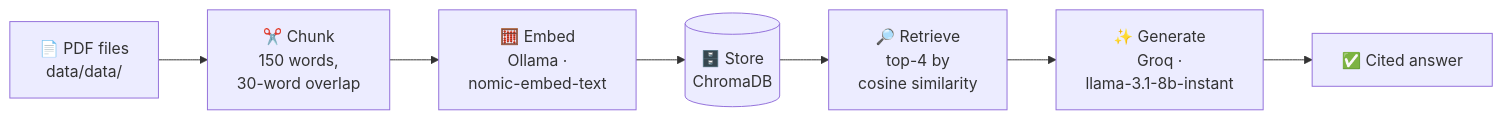
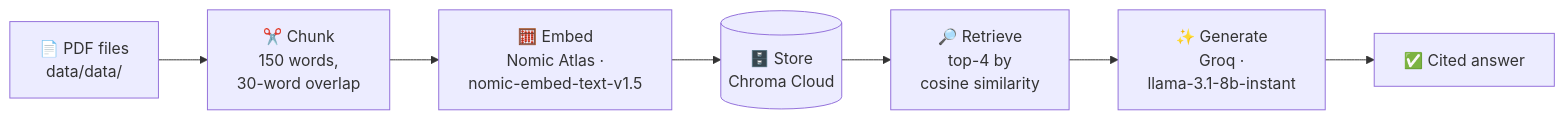
One commit to nitingawali27/rag-knowledge-explorer changed the second of 3 diagrams in README.md. Above: the diagram before and after it, drawn with Mermaid. The commit also changed other lines of this file and 28 other files, not shown here.

````diff
--- a/README.md
+++ b/README.md
@@ -61,9 +61,9 @@
 ```mermaid
 flowchart LR
     A["📄 PDF files<br/>data/data/"] --> B["✂️ Chunk<br/>150 words,<br/>30-word overlap"]
-    B --> C["🧮 Embed<br/>Ollama ·<br/>nomic-embed-text"]
-    C --> D[("🗄️ Store<br/>ChromaDB")]
+    B --> C["🧮 Embed<br/>Nomic Atlas ·<br/>nomic-embed-text-v1.5"]
+    C --> D[("🗄️ Store<br/>Chroma Cloud")]
     D --> E["🔎 Retrieve<br/>top-4 by<br/>cosine similarity"]
     E --> F["✨ Generate<br/>Groq ·<br/>llama-3.1-8b-instant"]
     F --> G["✅ Cited answer"]
 ```
````
